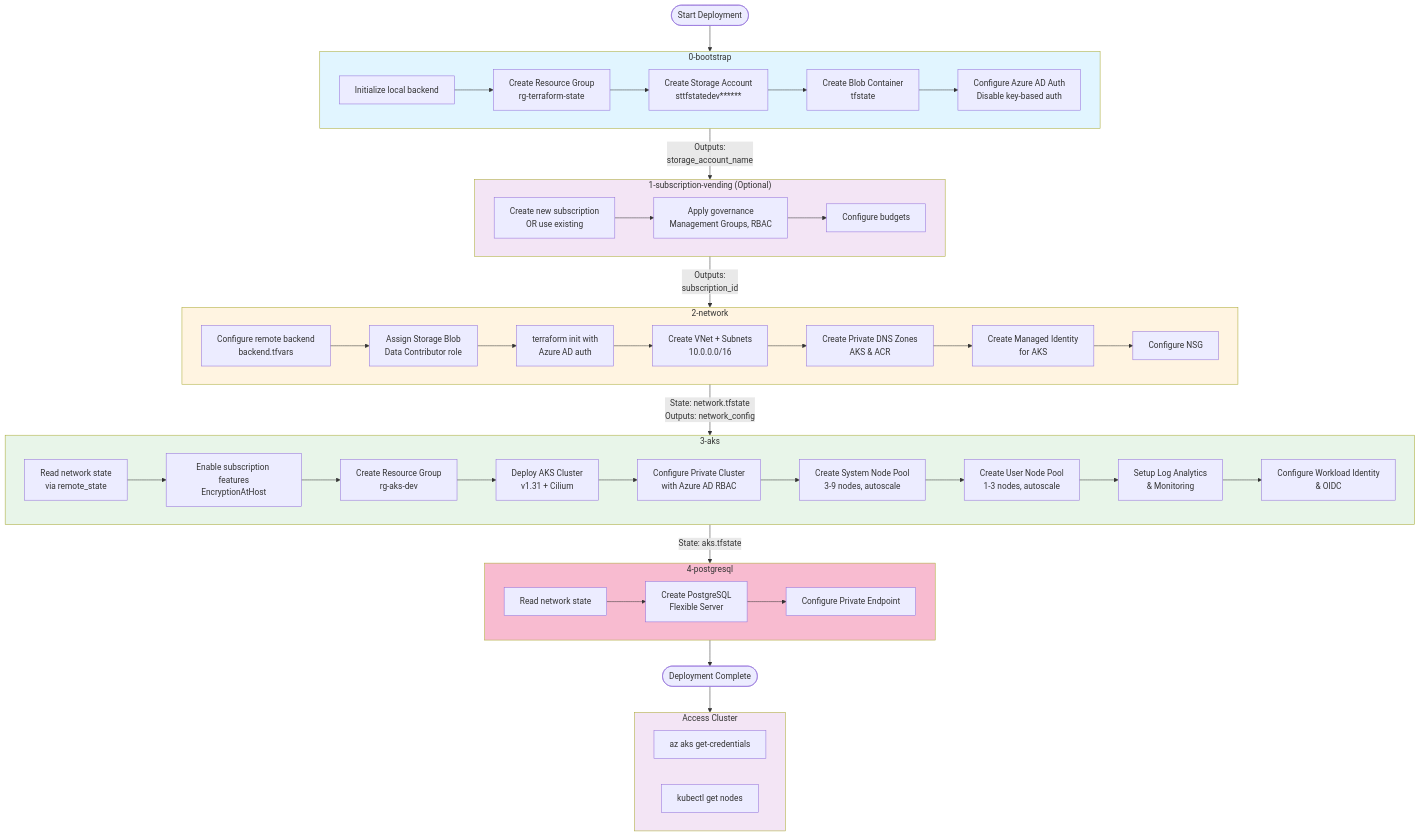
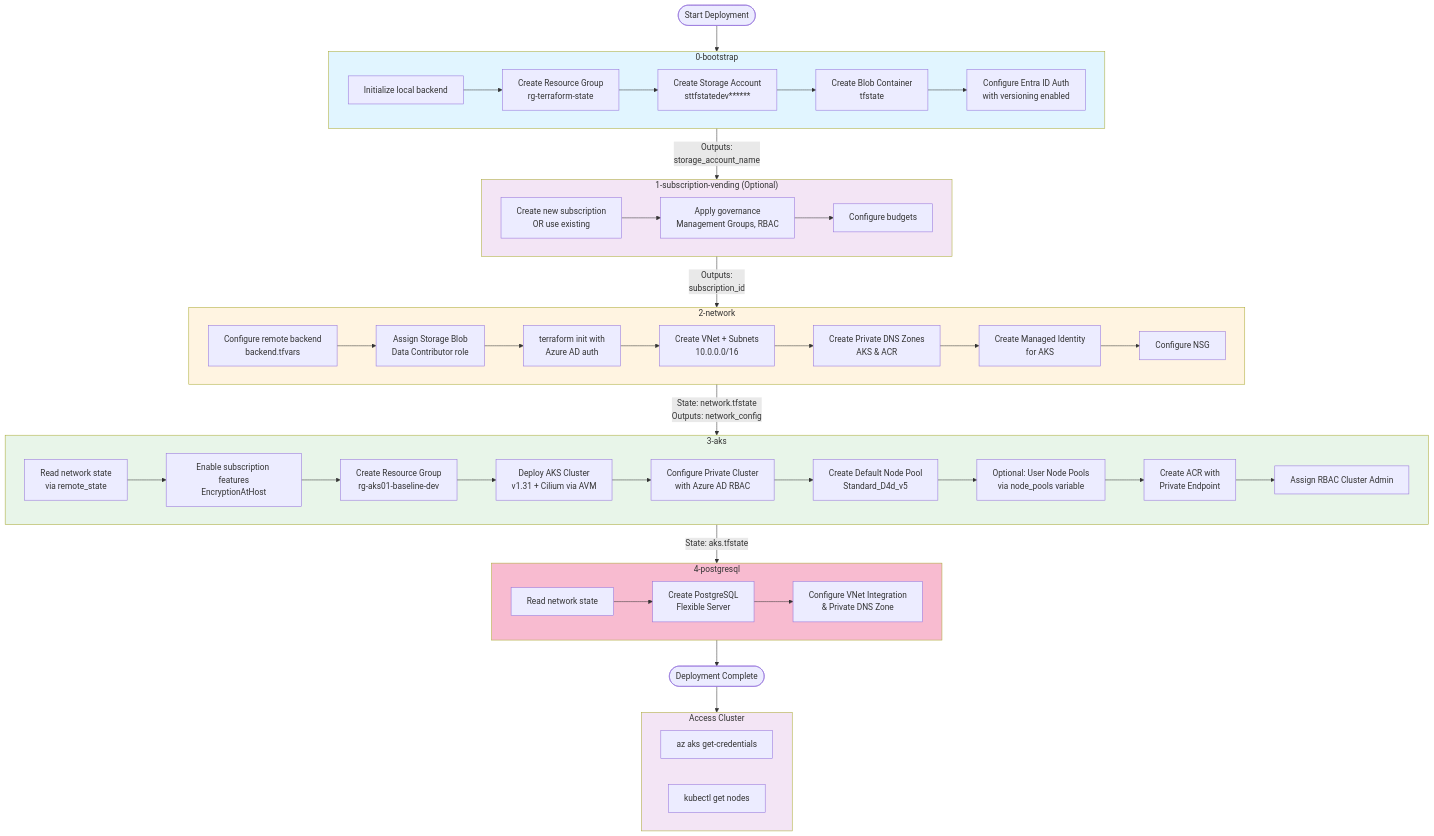
Before and after one commit to shuchitatan/akstf-avm: the first of 5 diagrams in DEPLOYMENT-FLOW.md, drawn with Mermaid. The commit also changed other lines of this file, not shown here.

Commit message:
update deployment flow documentation to enhance clarity on AKS and PostgreSQL phases, including resource naming and authentication details

````diff
--- a/DEPLOYMENT-FLOW.md
+++ b/DEPLOYMENT-FLOW.md
@@ -10,75 +10,75 @@
 ```mermaid
 flowchart TD
     Start([Start Deployment]) --> Bootstrap
     
     subgraph Bootstrap["0-bootstrap"]
         B1[Initialize local backend]
         B2[Create Resource Group<br/>rg-terraform-state]
         B3[Create Storage Account<br/>sttfstatedev******]
         B4[Create Blob Container<br/>tfstate]
-        B5[Configure Azure AD Auth<br/>Disable key-based auth]
+        B5[Configure Entra ID Auth<br/>with versioning enabled]
         B1 --> B2 --> B3 --> B4 --> B5
     end
     
     Bootstrap --> |"Outputs:<br/>storage_account_name"| SubVending
     
     subgraph SubVending["1-subscription-vending (Optional)"]
         SV1[Create new subscription<br/>OR use existing]
         SV2[Apply governance<br/>Management Groups, RBAC]
         SV3[Configure budgets]
         SV1 --> SV2 --> SV3
     end
     
     SubVending --> |"Outputs:<br/>subscription_id"| Network
     
     subgraph Network["2-network"]
         N1[Configure remote backend<br/>backend.tfvars]
         N2[Assign Storage Blob<br/>Data Contributor role]
         N3[terraform init with<br/>Azure AD auth]
         N4[Create VNet + Subnets<br/>10.0.0.0/16]
         N5[Create Private DNS Zones<br/>AKS & ACR]
         N6[Create Managed Identity<br/>for AKS]
         N7[Configure NSG]
         N1 --> N2 --> N3 --> N4 --> N5 --> N6 --> N7
     end
     
     Network --> |"State: network.tfstate<br/>Outputs: network_config"| AKS
     
     subgraph AKS["3-aks"]
         A1[Read network state<br/>via remote_state]
         A2[Enable subscription features<br/>EncryptionAtHost]
-        A3[Create Resource Group<br/>rg-aks-dev]
-        A4[Deploy AKS Cluster<br/>v1.31 + Cilium]
+        A3[Create Resource Group<br/>rg-aks01-baseline-dev]
+        A4[Deploy AKS Cluster<br/>v1.31 + Cilium via AVM]
         A5[Configure Private Cluster<br/>with Azure AD RBAC]
-        A6[Create System Node Pool<br/>3-9 nodes, autoscale]
-        A7[Create User Node Pool<br/>1-3 nodes, autoscale]
-        A8[Setup Log Analytics<br/>& Monitoring]
-        A9[Configure Workload Identity<br/>& OIDC]
+        A6[Create Default Node Pool<br/>Standard_D4d_v5]
+        A7[Optional: User Node Pools<br/>via node_pools variable]
+        A8[Create ACR with<br/>Private Endpoint]
+        A9[Assign RBAC Cluster Admin]
         A1 --> A2 --> A3 --> A4 --> A5 --> A6 --> A7 --> A8 --> A9
     end
     
     AKS --> |"State: aks.tfstate"| PostgreSQL
     
     subgraph PostgreSQL["4-postgresql"]
         P1[Read network state]
         P2[Create PostgreSQL<br/>Flexible Server]
-        P3[Configure Private Endpoint]
+        P3[Configure VNet Integration<br/>& Private DNS Zone]
         P1 --> P2 --> P3
     end
     
     PostgreSQL --> Complete([Deployment Complete])
     
     Complete --> Access
     
     subgraph Access["Access Cluster"]
         AC1[az aks get-credentials]
         AC2[kubectl get nodes]
     end
     
     style Bootstrap fill:#e1f5ff
     style SubVending fill:#f3e5f5
     style Network fill:#fff4e1
     style AKS fill:#e8f5e9
     style PostgreSQL fill:#f8bbd0
     style Access fill:#f3e5f5
 ```
````
